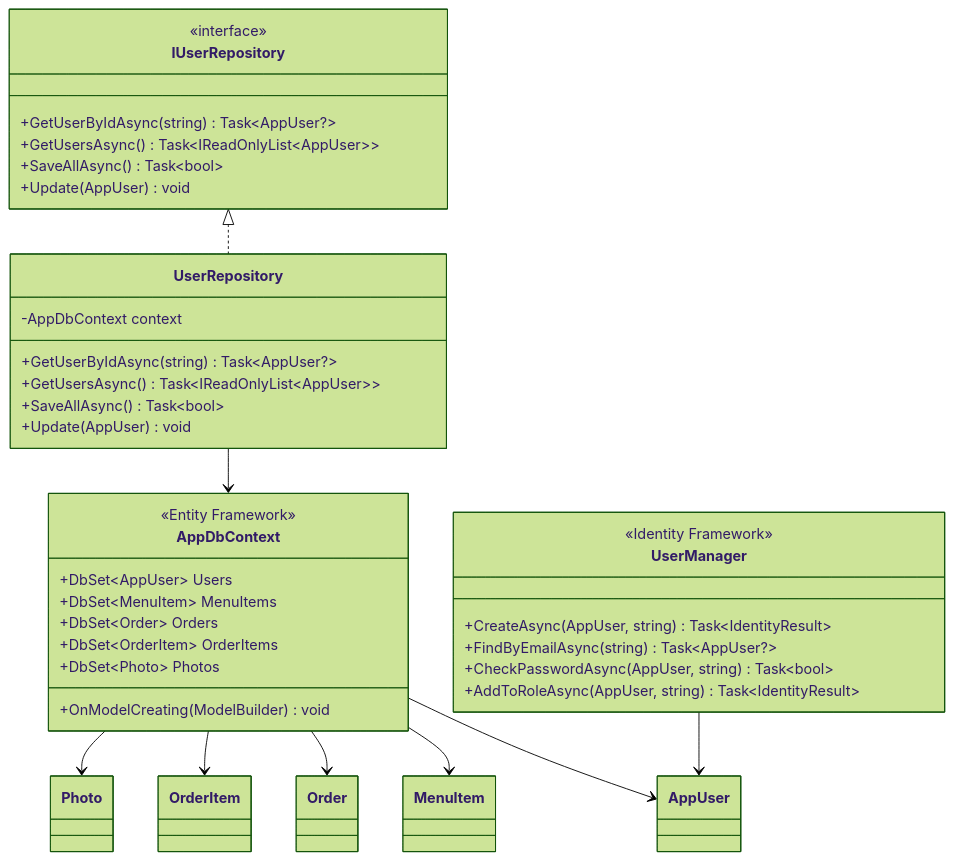
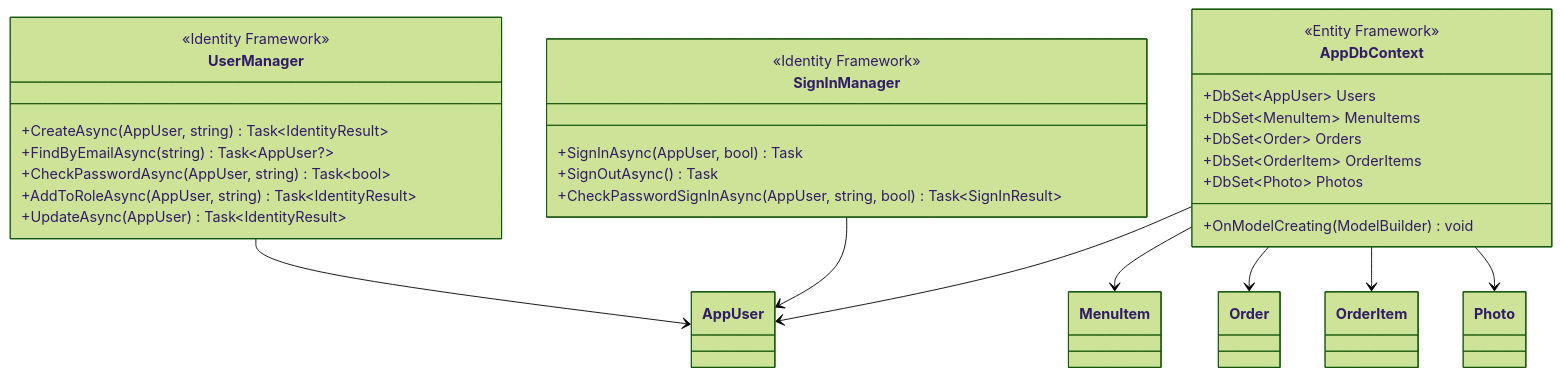
One commit to ajlile98/dotnet-coffee-shop changed the third of 7 diagrams in coffee-shop-uml.md. Above: the diagram before and after it, drawn with Mermaid (forest theme). The commit also changed other lines of this file, not shown here.

Commit message:
removed deprecated user repository

````diff
--- a/coffee-shop-uml.md
+++ b/coffee-shop-uml.md
@@ -174,46 +174,37 @@
 ```mermaid
 classDiagram
     class AppDbContext {
         <<Entity Framework>>
         +DbSet~AppUser~ Users
         +DbSet~MenuItem~ MenuItems
         +DbSet~Order~ Orders
         +DbSet~OrderItem~ OrderItems
         +DbSet~Photo~ Photos
         +OnModelCreating(ModelBuilder) void
     }
     
-    class IUserRepository {
-        <<interface>>
-        +GetUserByIdAsync(string) Task~AppUser?~
-        +GetUsersAsync() Task~IReadOnlyList~AppUser~~
-        +SaveAllAsync() Task~bool~
-        +Update(AppUser) void
-    }
-    
-    class UserRepository {
-        -AppDbContext context
-        +GetUserByIdAsync(string) Task~AppUser?~
-        +GetUsersAsync() Task~IReadOnlyList~AppUser~~
-        +SaveAllAsync() Task~bool~
-        +Update(AppUser) void
-    }
-    
     class UserManager {
         <<Identity Framework>>
         +CreateAsync(AppUser, string) Task~IdentityResult~
         +FindByEmailAsync(string) Task~AppUser?~
         +CheckPasswordAsync(AppUser, string) Task~bool~
         +AddToRoleAsync(AppUser, string) Task~IdentityResult~
+        +UpdateAsync(AppUser) Task~IdentityResult~
+    }
+    
+    class SignInManager {
+        <<Identity Framework>>
+        +SignInAsync(AppUser, bool) Task
+        +SignOutAsync() Task
+        +CheckPasswordSignInAsync(AppUser, string, bool) Task~SignInResult~
     }
     
     %% Relationships
-    IUserRepository <|.. UserRepository
-    UserRepository --> AppDbContext
     AppDbContext --> AppUser
     AppDbContext --> MenuItem
     AppDbContext --> Order
     AppDbContext --> OrderItem
     AppDbContext --> Photo
     UserManager --> AppUser
+    SignInManager --> AppUser
 ```
````
